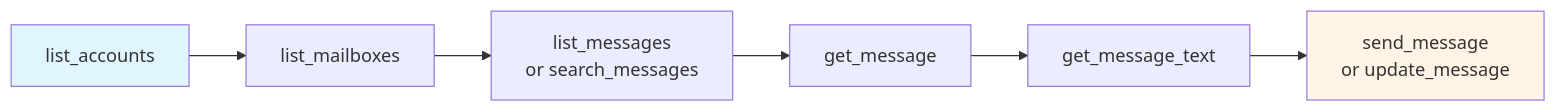
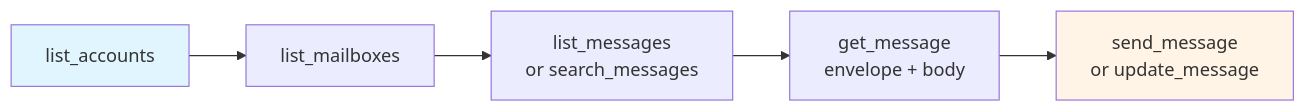
One commit to postalsys/learn-emailengine-app changed the diagram in docs/mcp/tools.md. Above: the diagram before and after it, drawn with Mermaid. The commit also changed other lines of this file and 16 other files, not shown here.

First line of the commit message:
docs: update the MCP pages for the narrowed tool schemas

````diff
--- a/docs/mcp/tools.md
+++ b/docs/mcp/tools.md
@@ -49,11 +63,10 @@
 ```mermaid
 graph LR
     A[list_accounts] --> B[list_mailboxes]
     B --> C[list_messages<br/>or search_messages]
-    C --> D[get_message]
-    D --> E[get_message_text]
-    E --> F[send_message<br/>or update_message]
+    C --> D[get_message<br/>envelope + body]
+    D --> E[send_message<br/>or update_message]
 
     style A fill:#e1f5ff
-    style F fill:#fff4e5
+    style E fill:#fff4e5
 ```
````
